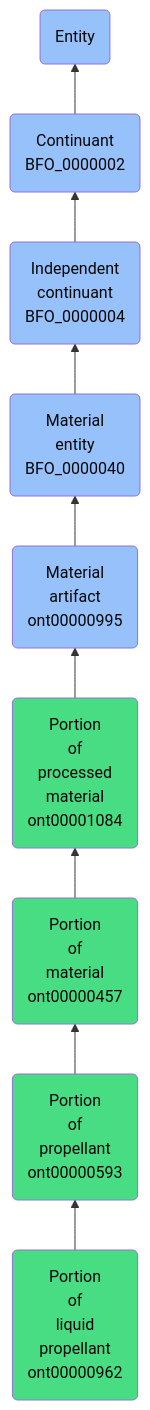
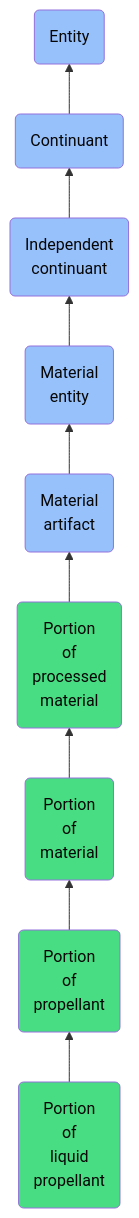
One commit to jupyter-naas/abi changed the diagram in docs/ontology/reference/model/Entity/Continuant/Independent continuant/Material entity/Material artifact/Portion of processed material/Portion of material/Portion of propellant/Portion of liquid propellant/Portion of liquid propellant.md. Above: the diagram before and after it, drawn with Mermaid. The commit also changed other lines of this file and 1430 other files, not shown here.

````diff
--- a/docs/ontology/reference/model/Entity/Continuant/Independent continuant/Material entity/Material artifact/Portion of processed material/Portion of material/Portion of propellant/Portion of liquid propellant/Portion of liquid propellant.md
+++ b/docs/ontology/reference/model/Entity/Continuant/Independent continuant/Material entity/Material artifact/Portion of processed material/Portion of material/Portion of propellant/Portion of liquid propellant/Portion of liquid propellant.md
@@ -24,16 +24,16 @@
 ```mermaid
 graph BT
-    ont00000962(Portion<br>of<br>liquid<br>propellant<br>ont00000962):::ABI-->ont00000593
-    ont00000593(Portion<br>of<br>propellant<br>ont00000593):::ABI-->ont00000457
-    ont00000457(Portion<br>of<br>material<br>ont00000457):::ABI-->ont00001084
-    ont00001084(Portion<br>of<br>processed<br>material<br>ont00001084):::ABI-->ont00000995
-    ont00000995(Material<br>artifact<br>ont00000995):::BFO-->BFO_0000040
-    BFO_0000040(Material<br>entity<br>BFO_0000040):::BFO-->BFO_0000004
-    BFO_0000004(Independent<br>continuant<br>BFO_0000004):::BFO-->BFO_0000002
-    BFO_0000002(Continuant<br>BFO_0000002):::BFO-->BFO_0000001
+    ont00000962(Portion<br>of<br>liquid<br>propellant):::ABI-->ont00000593
+    ont00000593(Portion<br>of<br>propellant):::ABI-->ont00000457
+    ont00000457(Portion<br>of<br>material):::ABI-->ont00001084
+    ont00001084(Portion<br>of<br>processed<br>material):::ABI-->ont00000995
+    ont00000995(Material<br>artifact):::BFO-->BFO_0000040
+    BFO_0000040(Material<br>entity):::BFO-->BFO_0000004
+    BFO_0000004(Independent<br>continuant):::BFO-->BFO_0000002
+    BFO_0000002(Continuant):::BFO-->BFO_0000001
     BFO_0000001(Entity):::BFO
     
     classDef BFO fill:#97c1fb,color:#060606
     classDef CCO fill:#e4c51e,color:#060606
     classDef ABI fill:#48DD82,color:#060606
 ```
````
